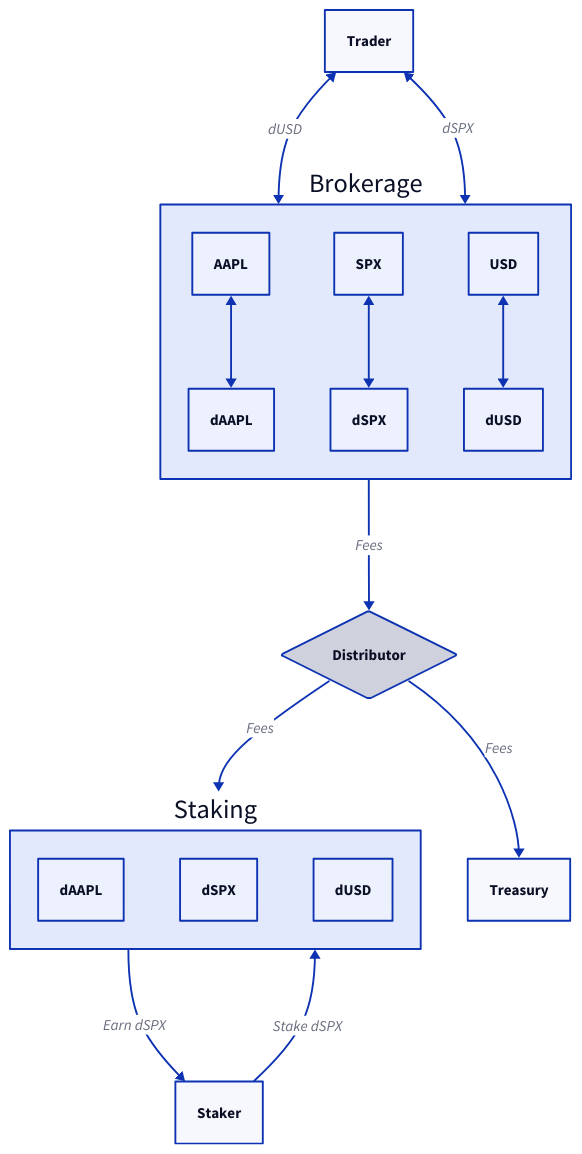
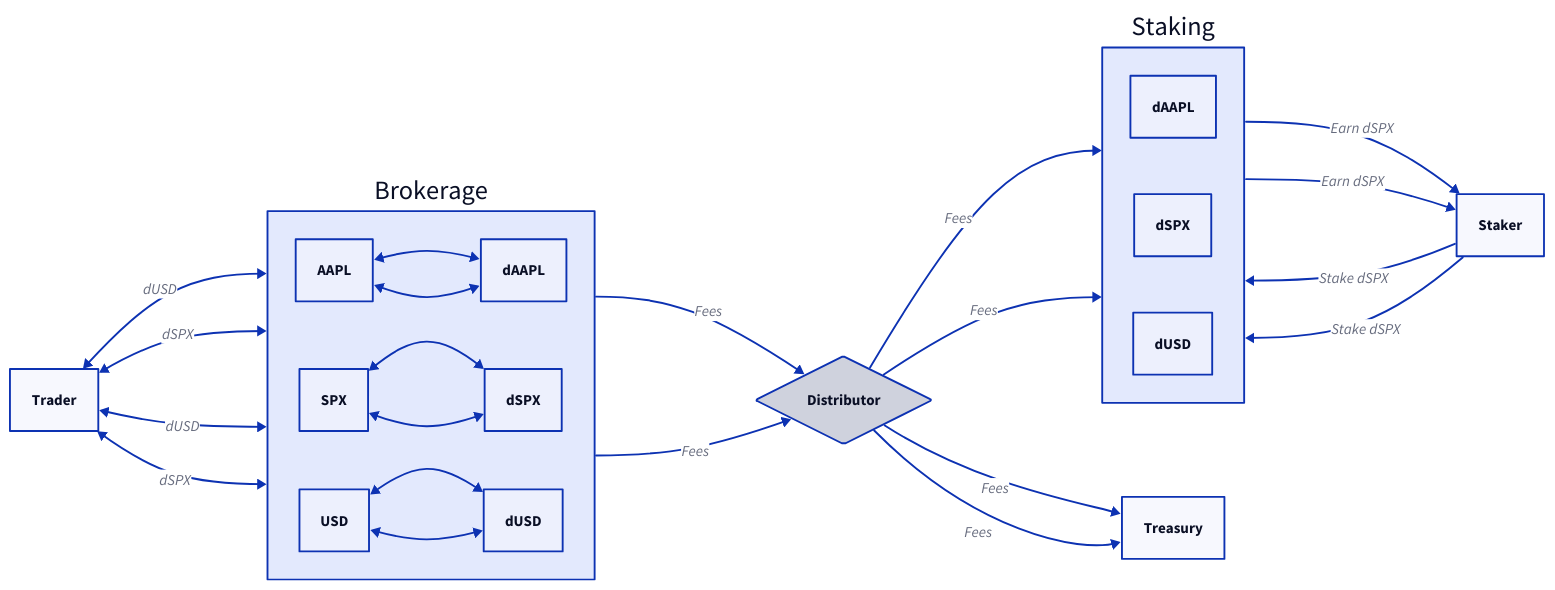
The diagram in asset-staking.d2 (dinaricrypto/sbt-contracts), drawn with D2 before and after one commit.

```diff
--- a/asset-staking.d2
+++ b/asset-staking.d2
@@ -1,32 +1,66 @@
+direction: right
+
 Brokerage: {
   AAPL
   dAAPL
   SPX
   dSPX
   USD
   dUSD
 }
 Staking: {
   dAAPL
   dSPX
   dUSD
 }
 Staker
 Trader
 Distributor
 Distributor.shape: diamond
 Treasury
 
 Brokerage.AAPL <-> Brokerage.dAAPL
 Brokerage.SPX <-> Brokerage.dSPX
 Brokerage.USD <-> Brokerage.dUSD
 
 Brokerage -> Distributor: Fees
 Distributor -> Staking: Fees
 Distributor -> Treasury: Fees
 
 Staker -> Staking: Stake dSPX
 Staking -> Staker: Earn dSPX
 
 Trader <-> Brokerage: dUSD
 Trader <-> Brokerage: dSPX
+Brokerage: {
+  AAPL
+  dAAPL
+  SPX
+  dSPX
+  USD
+  dUSD
+}
+Staking: {
+  dAAPL
+  dSPX
+  dUSD
+}
+Staker
+Trader
+Distributor
+Distributor.shape: diamond
+Treasury
+
+Brokerage.AAPL <-> Brokerage.dAAPL
+Brokerage.SPX <-> Brokerage.dSPX
+Brokerage.USD <-> Brokerage.dUSD
+
+Brokerage -> Distributor: Fees
+Distributor -> Staking: Fees
+Distributor -> Treasury: Fees
+
+Staker -> Staking: Stake dSPX
+Staking -> Staker: Earn dSPX
+
+Trader <-> Brokerage: dUSD
+Trader <-> Brokerage: dSPX
```
